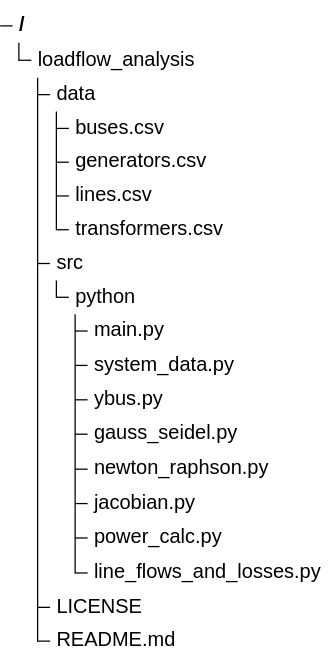
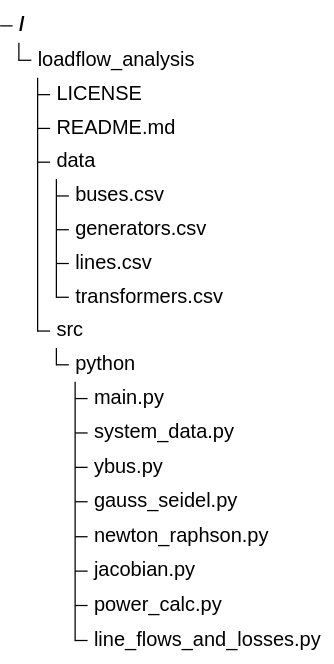
Before and after one commit to sai-power-systems/loadflow-analysis-toolkit: the diagram in README.md, drawn with Mermaid.

Commit message:
treeview2

````diff
--- a/README.md
+++ b/README.md
@@ -23,22 +23,24 @@
 ```mermaid
 treeView-beta
   loadflow_analysis
+    LICENSE
+    README.md
     data
       buses.csv
       generators.csv
       lines.csv
       transformers.csv
     src
       python
         main.py
         system_data.py
         ybus.py
         gauss_seidel.py
         newton_raphson.py
         jacobian.py
         power_calc.py
         line_flows_and_losses.py
-    LICENSE
-    README.md
+
+
 
 ```
````
